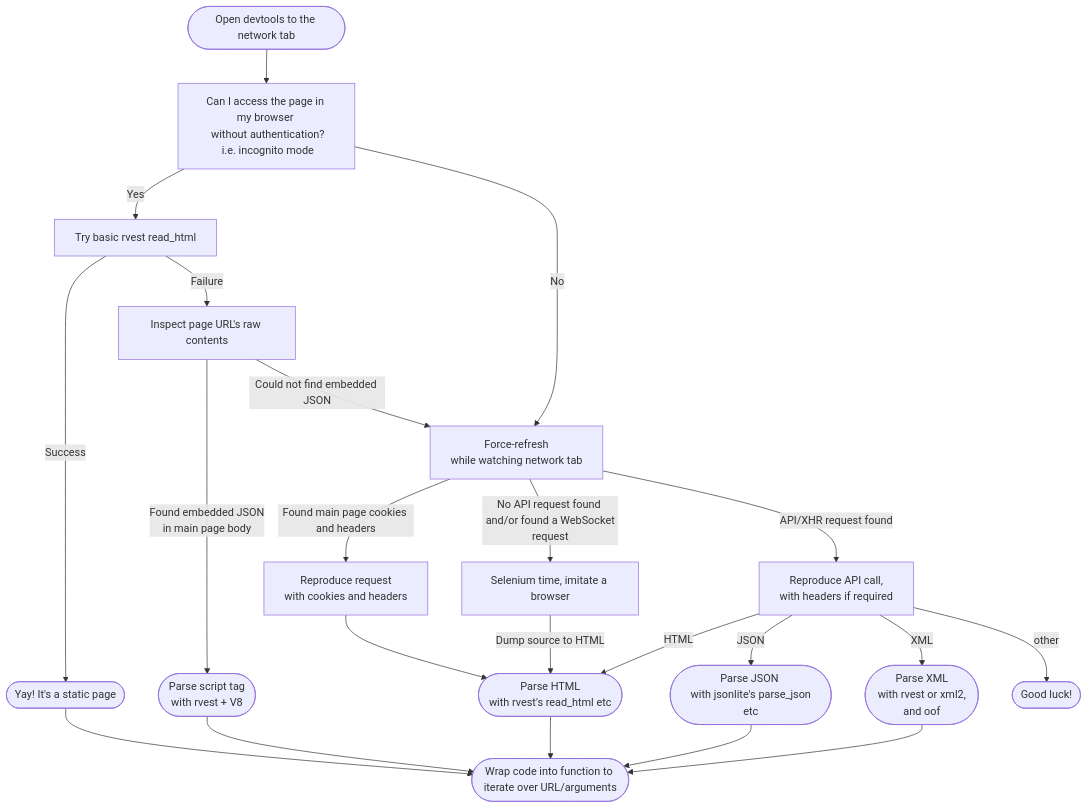
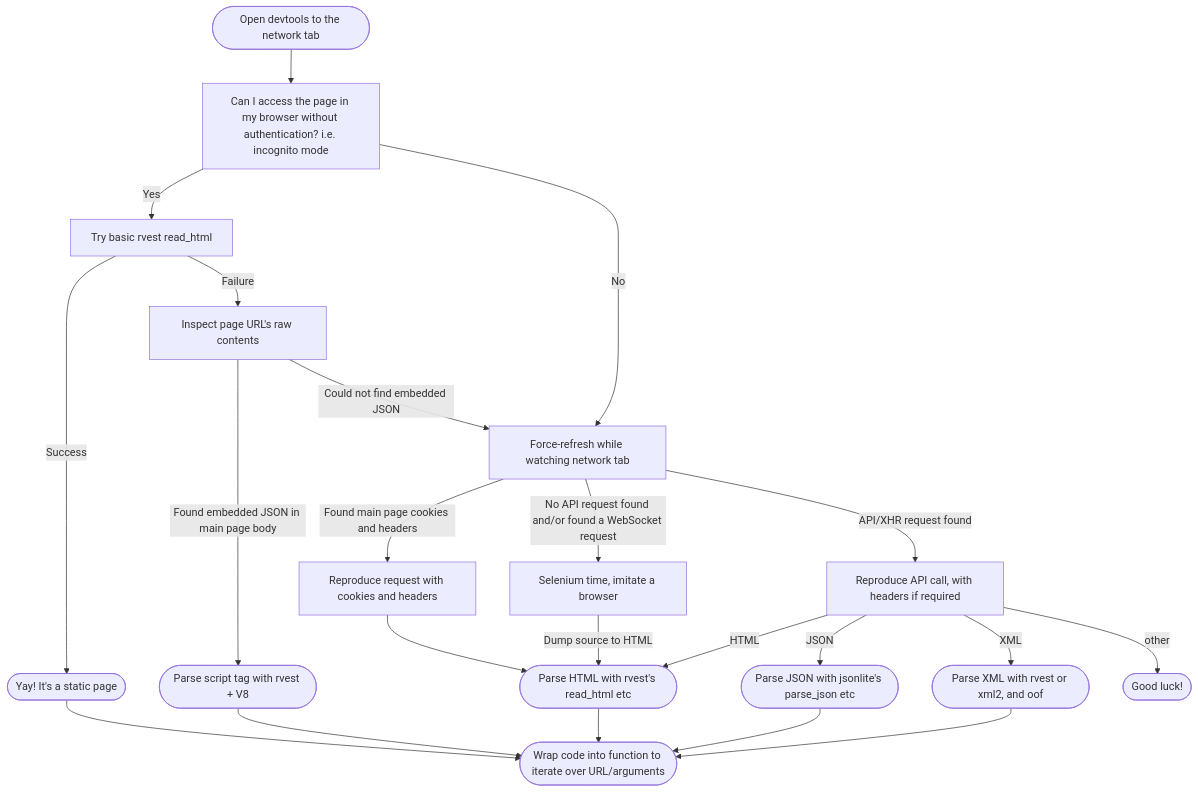
Before and after one commit to tanho63/tantorials: the diagram in 20210719-scraping/scraping.md, drawn with Mermaid. The commit also changed other lines of this file, not shown here.

````diff
--- a/20210719-scraping/scraping.md
+++ b/20210719-scraping/scraping.md
@@ -5,46 +5,46 @@
 ```mermaid
 flowchart TD
 
 1([Open devtools to the network tab])
 
 1-->A
 
-A[Can I access the page in my browser \n without authentication?\n i.e. incognito mode]
+A[Can I access the page in my browser without authentication? i.e. incognito mode]
 
 A-->|Yes| B[Try basic rvest read_html]
 
 B-->|Success| C([Yay! It's a static page])
 
 B-->|Failure| D[Inspect page URL's raw contents]
 
-D-->|Found embedded JSON \nin main page body| E([Parse script tag \n with rvest + V8])
+D-->|Found embedded JSON in main page body| E([Parse script tag with rvest + V8])
 
-D-->|Could not find embedded JSON| F[Force-refresh \n while watching network tab]
+D-->|Could not find embedded JSON| F[Force-refresh while watching network tab]
 
-F-->|Found main page cookies and headers| P[Reproduce request \n with cookies and headers]
+F-->|Found main page cookies and headers| P[Reproduce request with cookies and headers]
 
 P--> K
 
-F-->|API/XHR request found| G[Reproduce API call,\n with headers if required]
+F-->|API/XHR request found| G[Reproduce API call, with headers if required]
 
-F-->|No API request found \n and/or found a WebSocket request| H[Selenium time, imitate a browser]
+F-->|No API request found and/or found a WebSocket request| H[Selenium time, imitate a browser]
 
 H-->|Dump source to HTML| K
 
-G-->|HTML| K([Parse HTML \n with rvest's read_html etc])
+G-->|HTML| K([Parse HTML with rvest's read_html etc])
 
-G-->|JSON| J([Parse JSON \n with jsonlite's parse_json etc])
+G-->|JSON| J([Parse JSON with jsonlite's parse_json etc])
 
-G-->|XML| L([Parse XML \n with rvest or xml2,\n and oof])
+G-->|XML| L([Parse XML with rvest or xml2, and oof])
 
 A-->|No| F
 
 N([Wrap code into function to iterate over URL/arguments])
 
 C --> N
 E --> N
 K--> N
 J --> N
 L --> N
 G-->|other| M([Good luck!])
 ```
````
